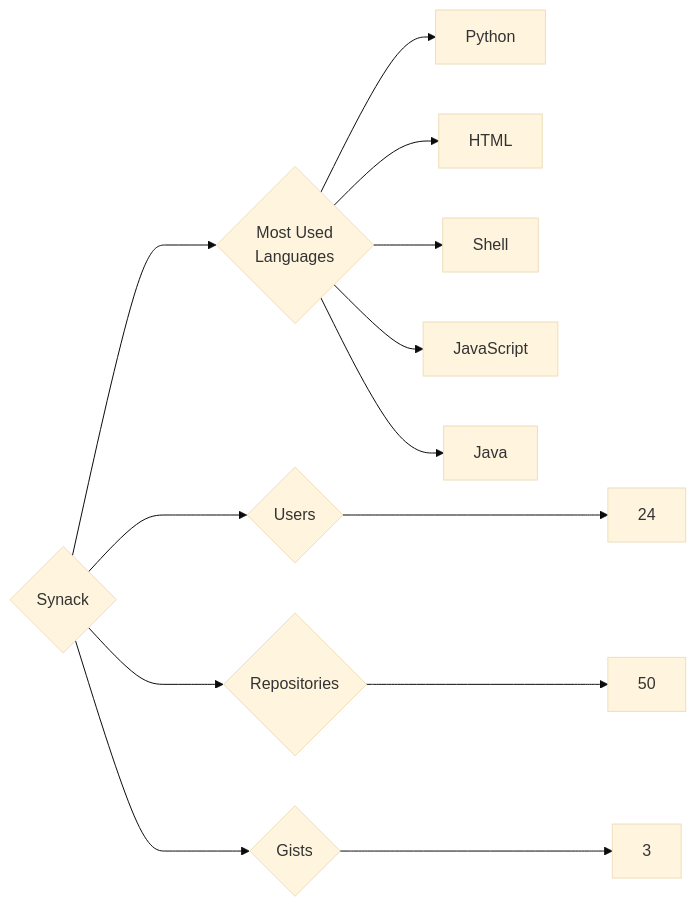
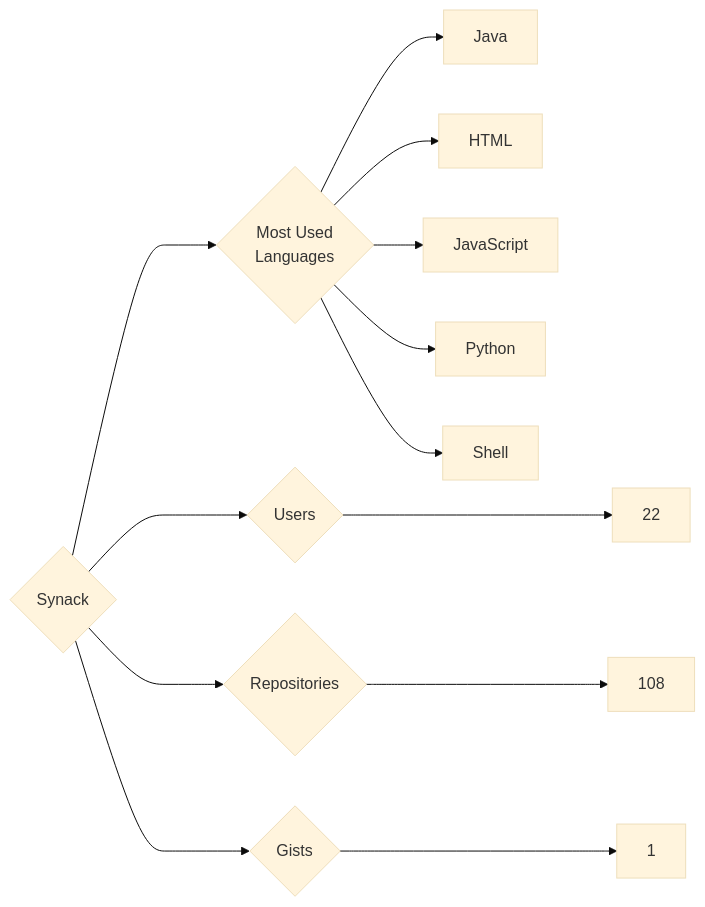
One commit to trickest/insiders changed the diagram in targets/Synack/README.md. Above: the diagram before and after it, drawn with Mermaid (base theme). The commit also changed 871 other files, not shown here.

````diff
--- a/targets/Synack/README.md
+++ b/targets/Synack/README.md
@@ -3,13 +3,13 @@
 ```mermaid
 graph LR
 COMPANY_NAME{Synack}
-COMPANY_NAME ---> U{Users} ---> UN[24]
-COMPANY_NAME ---> R{Repositories} ---> RN[50]
-COMPANY_NAME ---> G{Gists} ---> GN[3]
+COMPANY_NAME ---> U{Users} ---> UN[22]
+COMPANY_NAME ---> R{Repositories} ---> RN[108]
+COMPANY_NAME ---> G{Gists} ---> GN[1]
 COMPANY_NAME ---> ML{Most Used<br>Languages}
+ML --> Java[Java]
+ML --> HTML[HTML]
+ML --> JavaScript[JavaScript]
 ML --> Python[Python]
-ML --> HTML[HTML]
 ML --> Shell[Shell]
-ML --> JavaScript[JavaScript]
-ML --> Java[Java]
 ```
````
